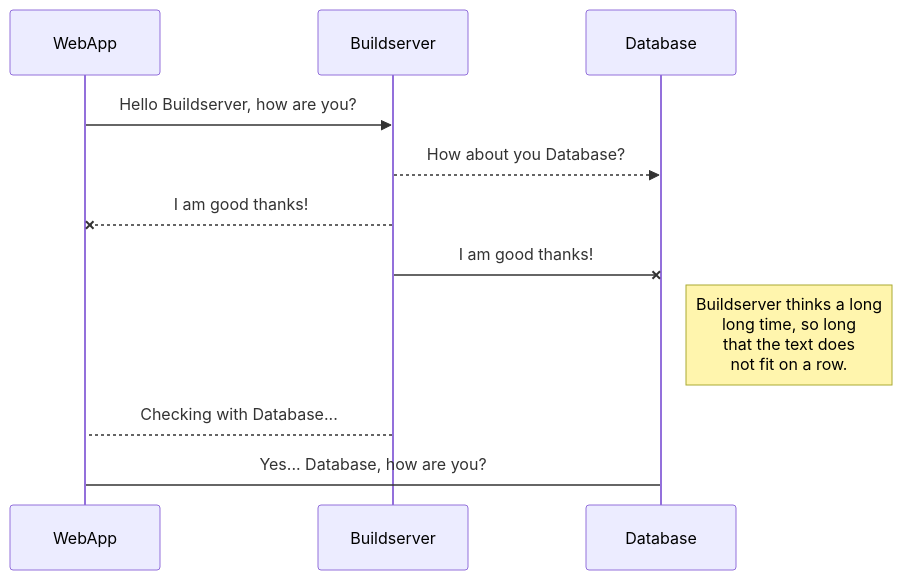
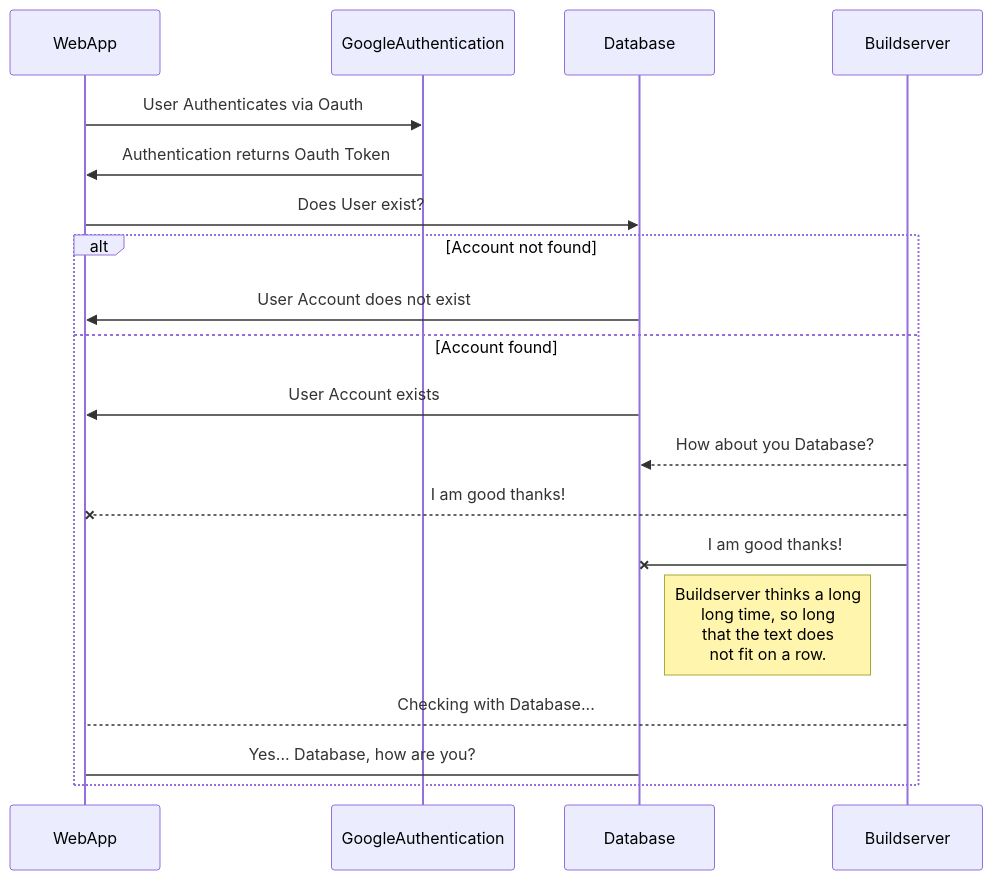
Before and after one commit to illinoistech-itm/CyberRange: the diagram in diagrams/api-flow.md, drawn with Mermaid. The commit also changed other lines of this file, not shown here.

Commit message:
Update diagram with loop

````diff
--- a/diagrams/api-flow.md
+++ b/diagrams/api-flow.md
@@ -27,12 +30,21 @@
 ```mermaid
 sequenceDiagram
-    WebApp ->> Buildserver: Hello Buildserver, how are you?
-    Buildserver-->>Database: How about you Database?
-    Buildserver--x WebApp: I am good thanks!
-    Buildserver-x Database: I am good thanks!
-    Note right of Database: Buildserver thinks a long<br/>long time, so long<br/>that the text does<br/>not fit on a row.
+    
+    WebApp ->> GoogleAuthentication: User Authenticates via Oauth
+    GoogleAuthentication ->> WebApp: Authentication returns Oauth Token
+    WebApp ->> Database: Does User exist?
+    
+    alt Account not found
+        Database->>WebApp: User Account does not exist
+    else Account found
+        Database->>WebApp: User Account exists
+     
+        Buildserver-->>Database: How about you Database?
+        Buildserver--x WebApp: I am good thanks!
+        Buildserver-x Database: I am good thanks!
+        Note right of Database: Buildserver thinks a long<br/>long time, so long<br/>that the text does<br/>not fit on a row.
 
-    Buildserver-->WebApp: Checking with Database...
-    WebApp->Database: Yes... Database, how are you?
-
+        Buildserver-->WebApp: Checking with Database...
+        WebApp->Database: Yes... Database, how are you?
+end
 ```
````
